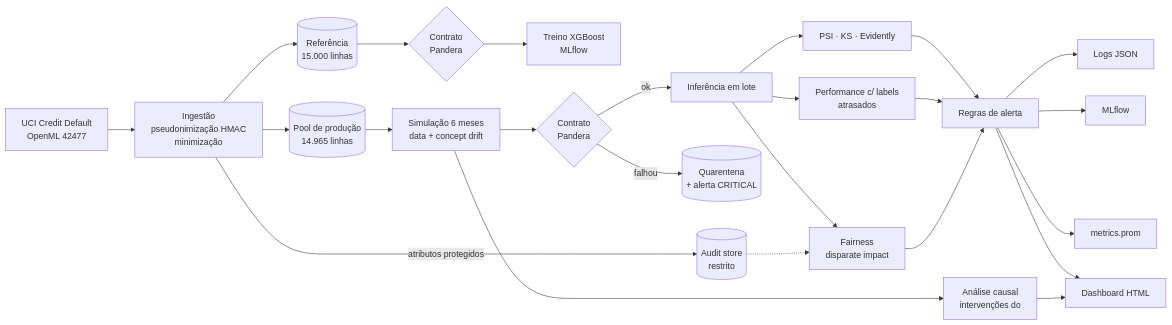
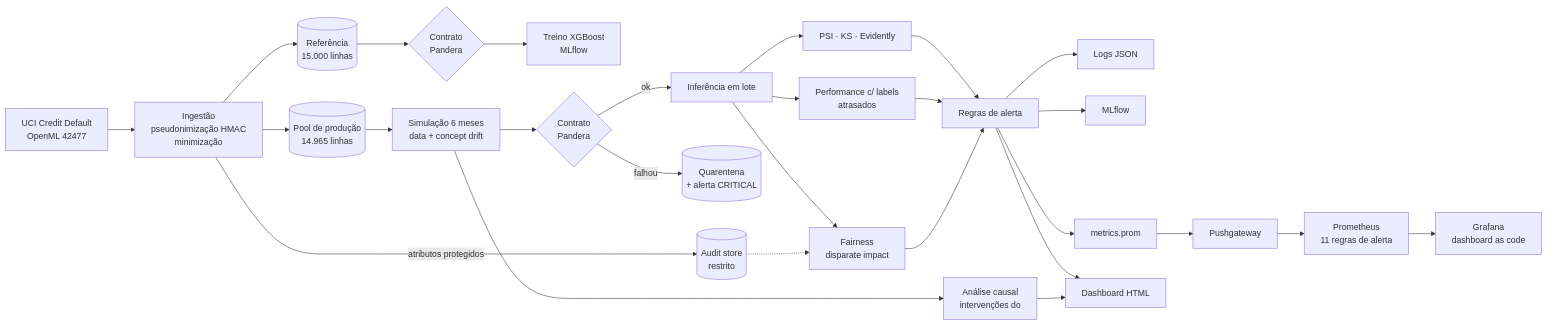
One commit to vdfs89/sentrix-ml changed the first of 2 diagrams in README.md. Above: the diagram before and after it, drawn with Mermaid. The commit also changed other lines of this file, not shown here.

````diff
--- a/README.md
+++ b/README.md
@@ -66,21 +88,22 @@
 ```mermaid
 flowchart LR
     A[UCI Credit Default<br/>OpenML 42477] --> B[Ingestão<br/>pseudonimização HMAC<br/>minimização]
     B -->|atributos protegidos| AU[(Audit store<br/>restrito)]
     B --> R[(Referência<br/>15.000 linhas)]
     B --> P[(Pool de produção<br/>14.965 linhas)]
     R --> V0{Contrato<br/>Pandera}
     V0 --> T[Treino XGBoost<br/>MLflow]
     P --> S[Simulação 6 meses<br/>data + concept drift]
     S --> V{Contrato<br/>Pandera}
     V -- falhou --> Q[(Quarentena<br/>+ alerta CRITICAL)]
     V -- ok --> I[Inferência em lote]
     I --> D[PSI · KS · Evidently]
     I --> PF[Performance c/ labels<br/>atrasados]
     I --> F[Fairness<br/>disparate impact]
     AU -.-> F
     D & PF & F --> AL[Regras de alerta]
     AL --> L[Logs JSON] & M[MLflow] & PR[metrics.prom] & DB[Dashboard HTML]
+    PR --> PG[Pushgateway] --> PM[Prometheus<br/>11 regras de alerta] --> GF[Grafana<br/>dashboard as code]
     S --> C[Análise causal<br/>intervenções do]
     C --> DB
 ```
````
